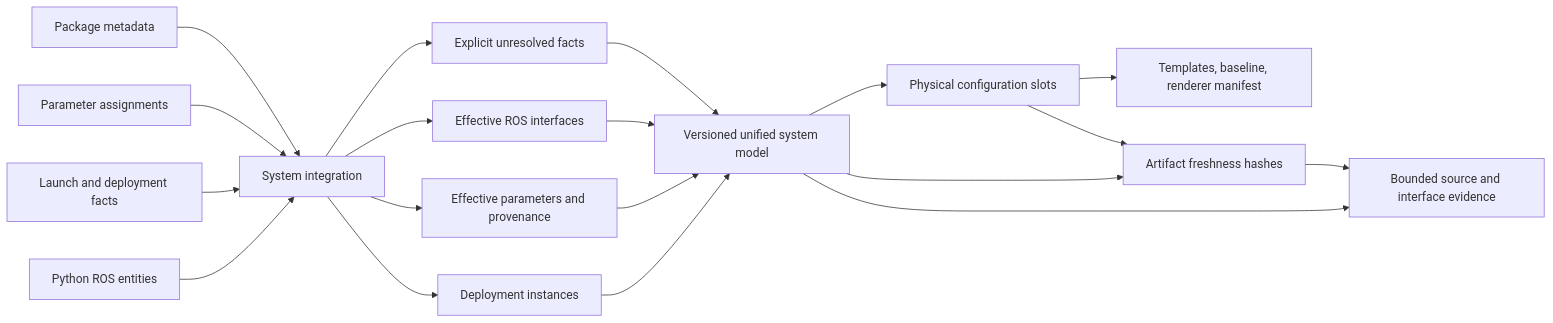
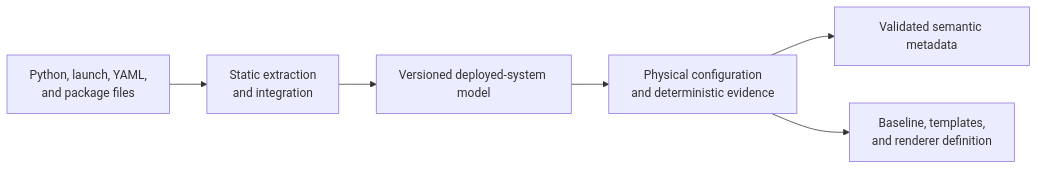
One commit to AlfredPietraru/dizertatie changed the second of 6 diagrams in zresearch_report/sections/proposed_solution_diagrams.md. Above: the diagram before and after it, drawn with Mermaid. The commit also changed other lines of this file and 13 other files, not shown here.

````diff
--- a/zresearch_report/sections/proposed_solution_diagrams.md
+++ b/zresearch_report/sections/proposed_solution_diagrams.md
@@ -38,25 +20,8 @@
 ```mermaid
 flowchart LR
-    PY[Python ROS entities] --> INT[System integration]
-    LAUNCH[Launch and deployment facts] --> INT
-    YAML[Parameter assignments] --> INT
-    PKG[Package metadata] --> INT
-
-    INT --> INST[Deployment instances]
-    INT --> PARAM[Effective parameters and provenance]
-    INT --> IFACE[Effective ROS interfaces]
-    INT --> UNRES[Explicit unresolved facts]
-
-    INST --> SYS[Versioned unified system model]
-    PARAM --> SYS
-    IFACE --> SYS
-    UNRES --> SYS
-
-    SYS --> SLOTS[Physical configuration slots]
-    SYS --> EVIDENCE[Bounded source and interface evidence]
-    SLOTS --> DEFINITION[Templates, baseline, renderer manifest]
-
-    SYS --> HASH[Artifact freshness hashes]
-    SLOTS --> HASH
-    HASH --> EVIDENCE
+    SRC[Python, launch, YAML,<br/>and package files] --> EXTRACT[Static extraction<br/>and integration]
+    EXTRACT --> SYS[Versioned deployed-system model]
+    SYS --> CFG[Physical configuration<br/>and deterministic evidence]
+    CFG --> SEM[Validated semantic metadata]
+    CFG --> GEN[Baseline, templates,<br/>and renderer definition]
 ```
````
